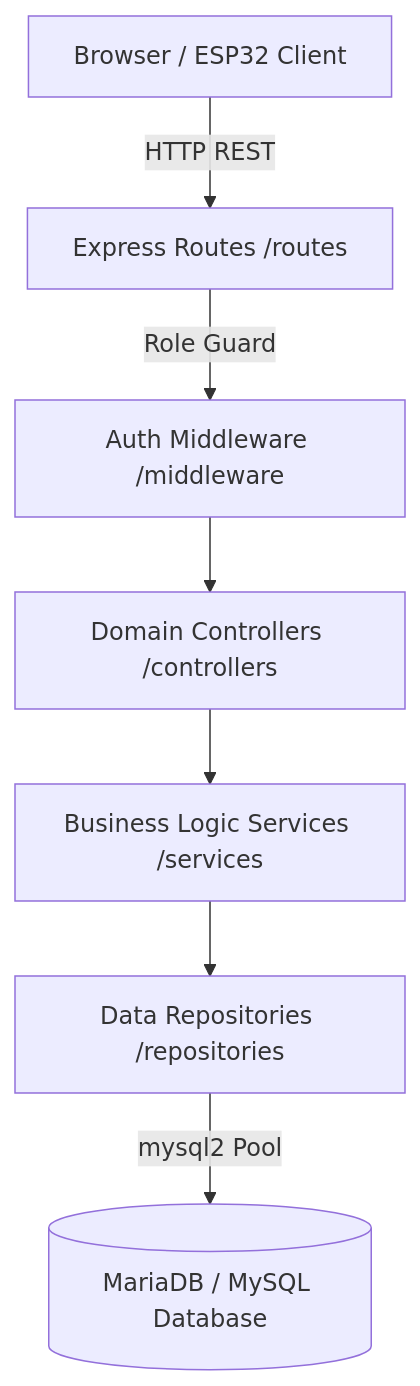
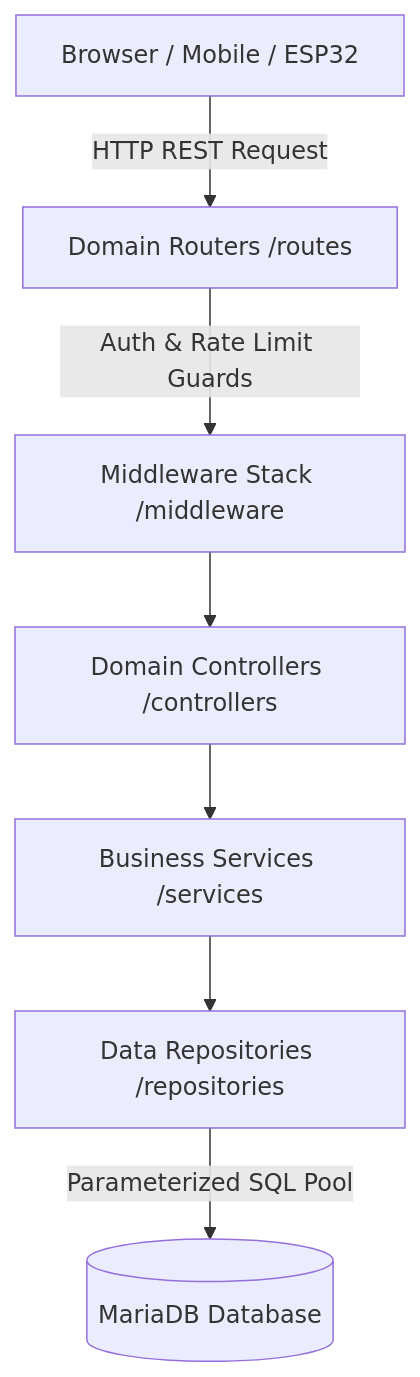
Before and after one commit to slushiiplayz13-ctrl/Labsync-BULSU-Sarmiento-: the eighth of 9 diagrams in CHAPTER-1-5-SYSTEM-DOCUMENTATION.md, drawn with Mermaid. The commit also changed other lines of this file and 56 other files, not shown here.

````diff
--- a/CHAPTER-1-5-SYSTEM-DOCUMENTATION.md
+++ b/CHAPTER-1-5-SYSTEM-DOCUMENTATION.md
@@ -388,9 +570,9 @@
 ```mermaid
 graph TD
-    Client[Browser / ESP32 Client] -->|HTTP REST| Routes[Express Routes /routes]
-    Routes -->|Role Guard| Middleware[Auth Middleware /middleware]
+    Client[Browser / Mobile / ESP32] -->|HTTP REST Request| Routes[Domain Routers /routes]
+    Routes -->|Auth & Rate Limit Guards| Middleware[Middleware Stack /middleware]
     Middleware --> Controllers[Domain Controllers /controllers]
-    Controllers --> Services[Business Logic Services /services]
+    Controllers --> Services[Business Services /services]
     Services --> Repositories[Data Repositories /repositories]
-    Repositories -->|mysql2 Pool| MariaDB[(MariaDB / MySQL Database)]
+    Repositories -->|Parameterized SQL Pool| DB[(MariaDB Database)]
 ```
````
